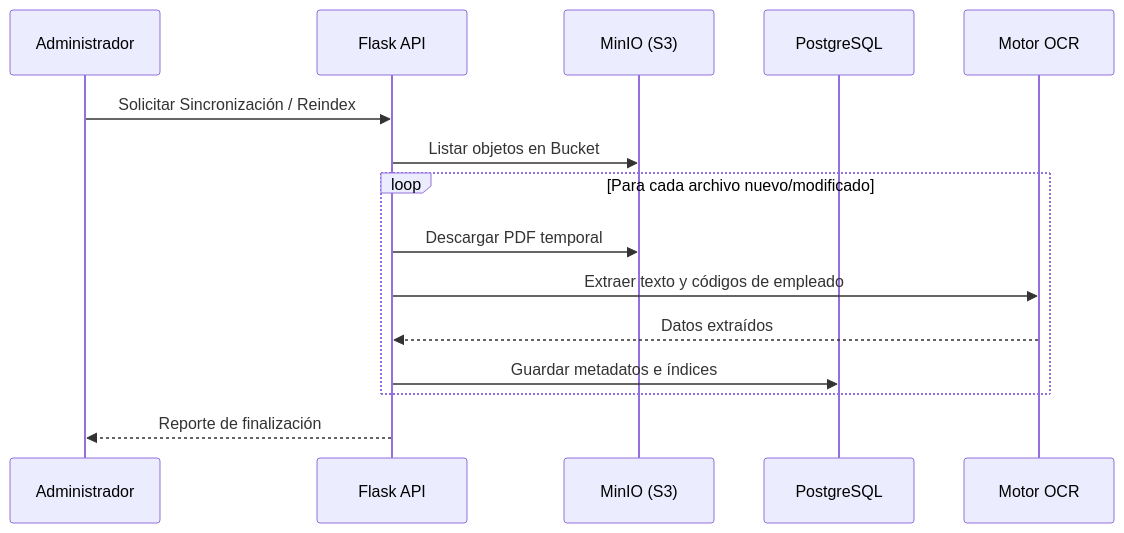
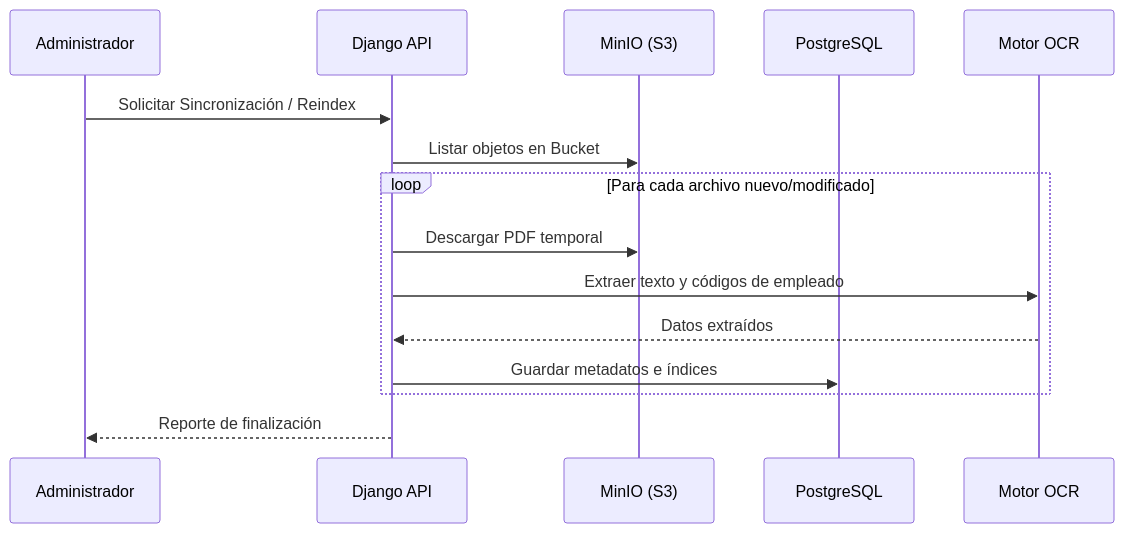
The second of 3 diagrams in README.md (EstebanCabreraArbizu/PDF-search-with-minio), drawn with Mermaid before and after one commit. The commit also changed other lines of this file and 18 other files, not shown here.

Commit message:
docs: actualizar README y marcar flask_project como legado tras migracion a django

````diff
--- a/README.md
+++ b/README.md
@@ -138,18 +141,18 @@
 ```mermaid
 sequenceDiagram
     participant AD as Administrador
-    participant FL as Flask API
+    participant DJ as Django API
     participant MN as MinIO (S3)
     participant DB as PostgreSQL
     participant OCR as Motor OCR
 
-    AD->>FL: Solicitar Sincronización / Reindex
-    FL->>MN: Listar objetos en Bucket
+    AD->>DJ: Solicitar Sincronización / Reindex
+    DJ->>MN: Listar objetos en Bucket
     loop Para cada archivo nuevo/modificado
-        FL->>MN: Descargar PDF temporal
-        FL->>OCR: Extraer texto y códigos de empleado
-        OCR-->>FL: Datos extraídos
-        FL->>DB: Guardar metadatos e índices
+        DJ->>MN: Descargar PDF temporal
+        DJ->>OCR: Extraer texto y códigos de empleado
+        OCR-->>DJ: Datos extraídos
+        DJ->>DB: Guardar metadatos e índices
     end
-    FL-->>AD: Reporte de finalización
+    DJ-->>AD: Reporte de finalización
 ```
````
